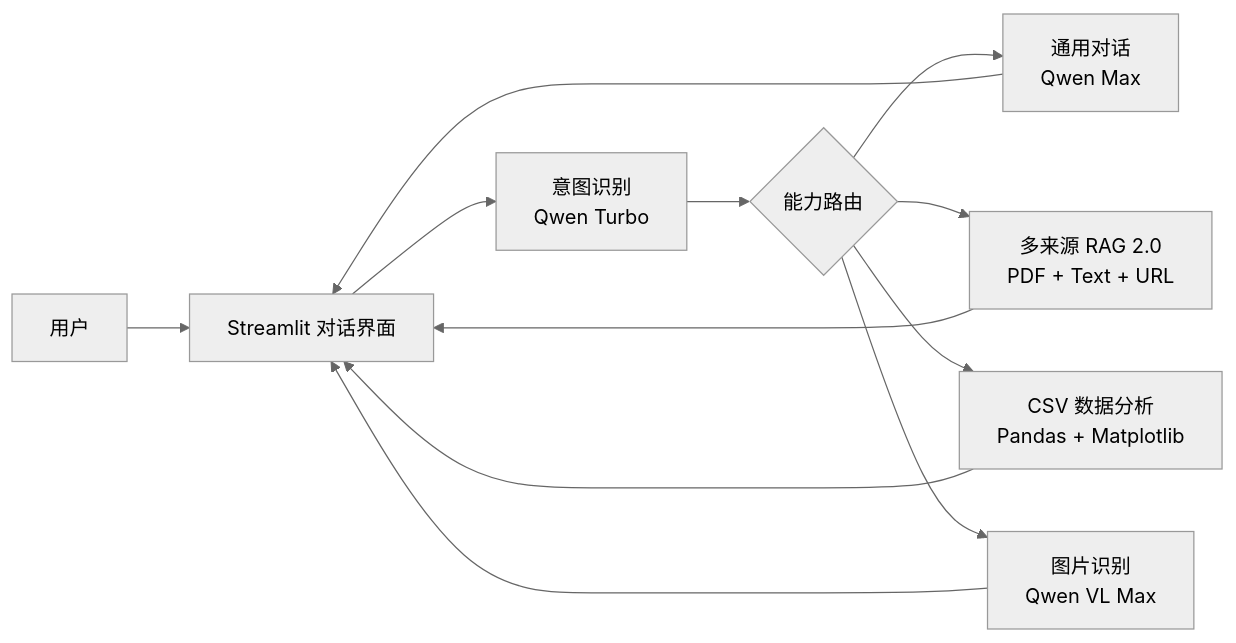
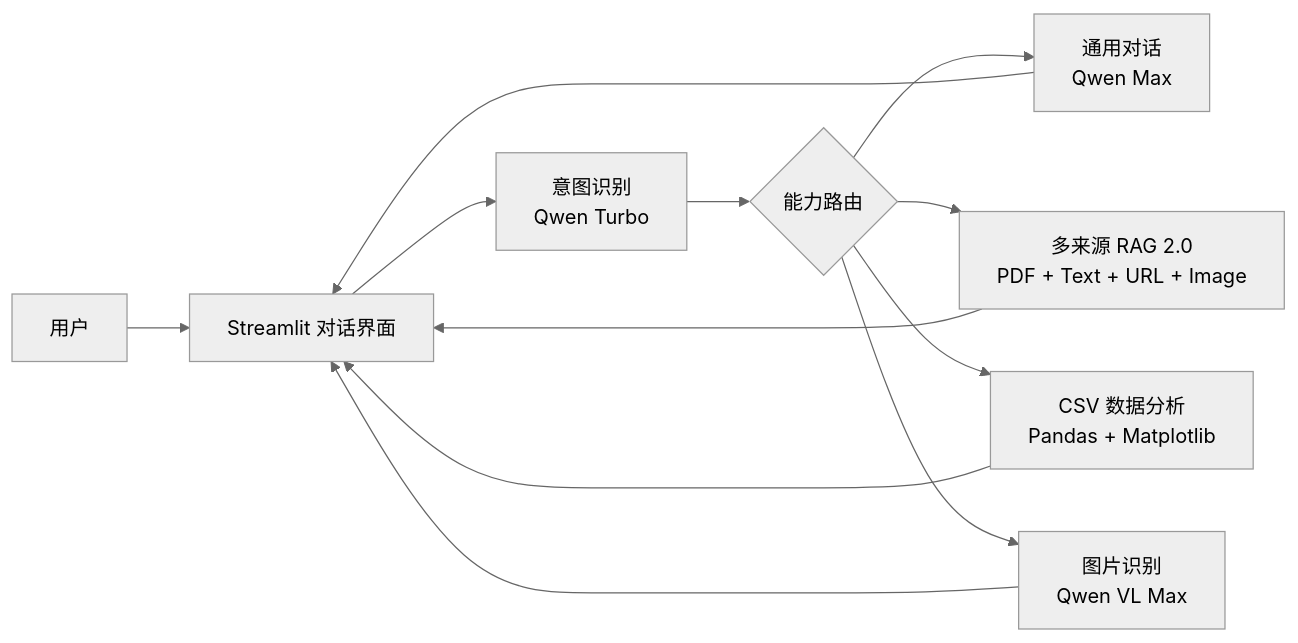
Before and after one commit to ChiYuouo/chat-bot: the diagram in README.md, drawn with Mermaid (neutral theme). The commit also changed other lines of this file and 8 other files, not shown here.

Commit message:
支持图片资料知识库入库

````diff
--- a/README.md
+++ b/README.md
@@ -16,11 +16,11 @@
 ```mermaid
 flowchart LR
     U[用户] --> UI[Streamlit 对话界面]
     UI --> I[意图识别<br/>Qwen Turbo]
     I --> R{能力路由}
     R --> G[通用对话<br/>Qwen Max]
-    R --> D[多来源 RAG 2.0<br/>PDF + Text + URL]
+    R --> D[多来源 RAG 2.0<br/>PDF + Text + URL + Image]
     R --> A[CSV 数据分析<br/>Pandas + Matplotlib]
     R --> V[图片识别<br/>Qwen VL Max]
     G & D & A & V --> UI
 ```
````
